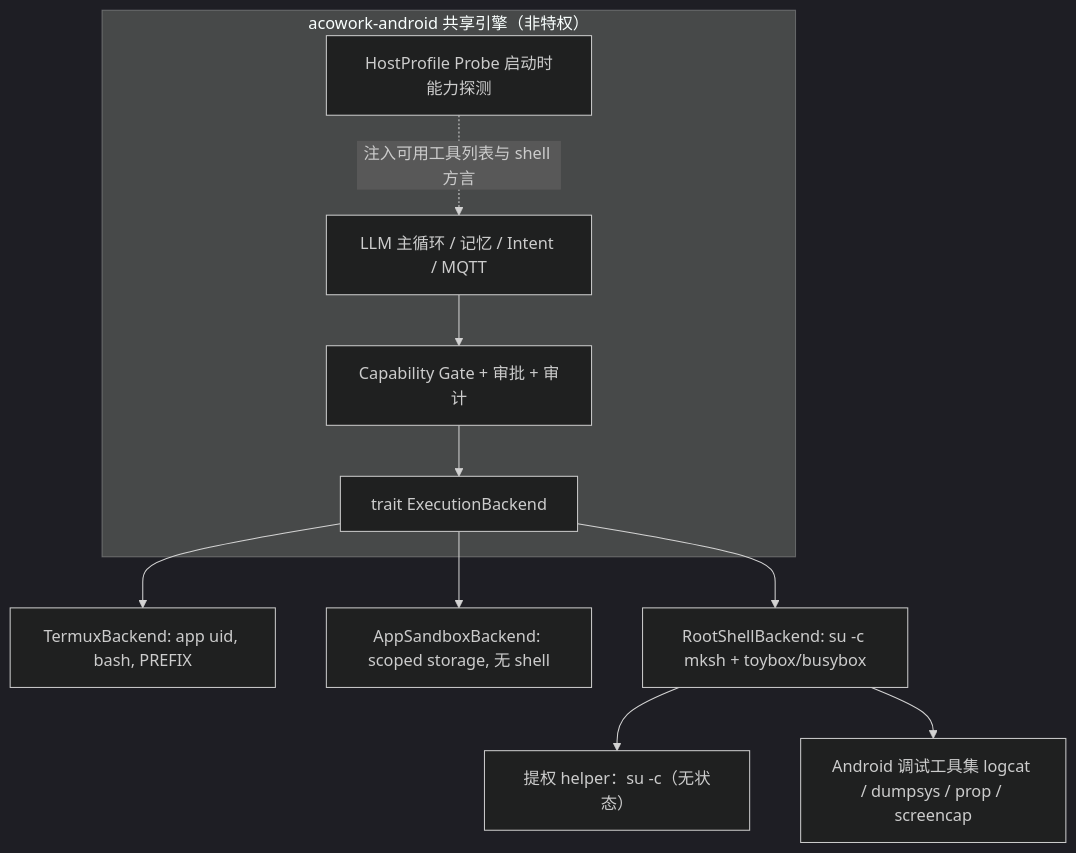
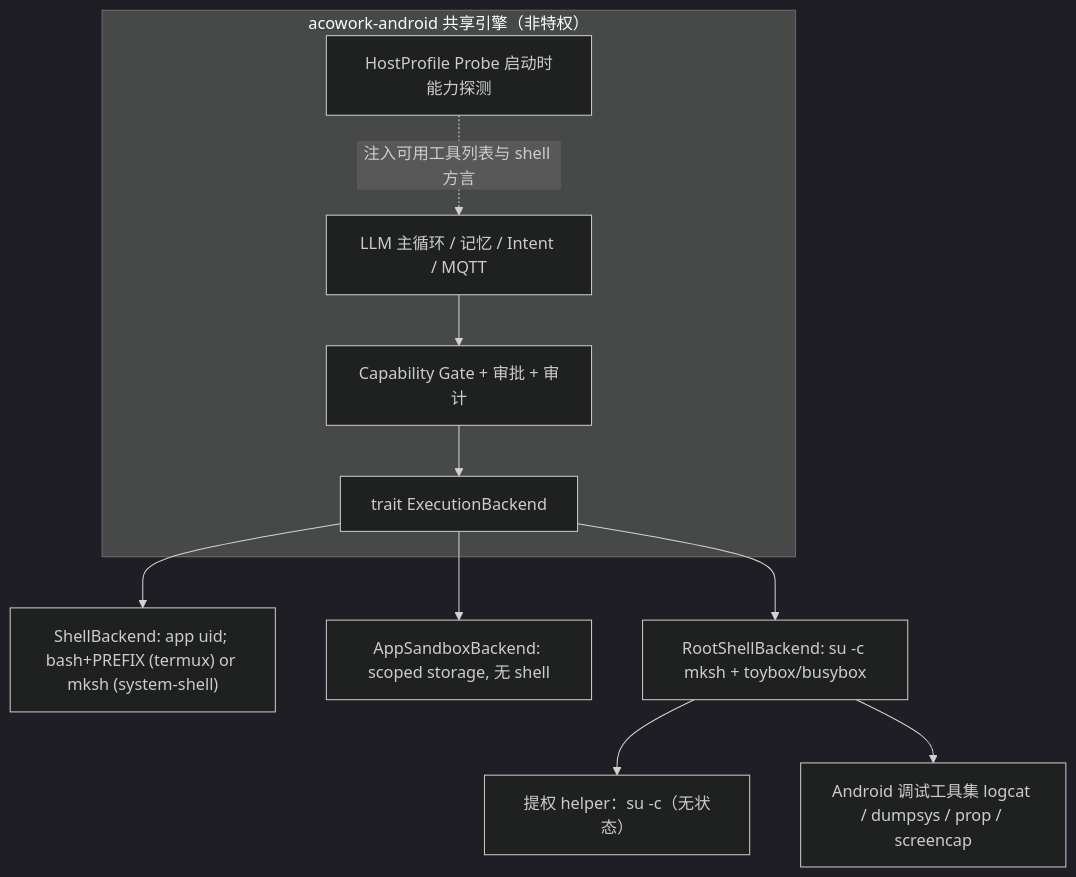
Before and after one commit to acowork/ACoworkRuntimeAndroid: the diagram in docs/adr/zh/ADR-AND-001-android-host-profiles-and-execution-backend.md, drawn with Mermaid (dark theme). The commit also changed other lines of this file and 5 other files, not shown here.

````diff
--- a/docs/adr/zh/ADR-AND-001-android-host-profiles-and-execution-backend.md
+++ b/docs/adr/zh/ADR-AND-001-android-host-profiles-and-execution-backend.md
@@ -129,16 +129,16 @@
 ```mermaid
 graph TD
     subgraph Core["acowork-android 共享引擎（非特权）"]
         Loop["LLM 主循环 / 记忆 / Intent / MQTT"]
         Probe["HostProfile Probe 启动时能力探测"]
         Iface["trait ExecutionBackend"]
         Gate["Capability Gate + 审批 + 审计"]
     end
     Loop --> Gate --> Iface
     Probe -.->|"注入可用工具列表与 shell 方言"| Loop
-    Iface --> P1["TermuxBackend: app uid, bash, PREFIX"]
+    Iface --> P1["ShellBackend: app uid; bash+PREFIX (termux) or mksh (system-shell)"]
     Iface --> P2["AppSandboxBackend: scoped storage, 无 shell"]
     Iface --> P3["RootShellBackend: su -c mksh + toybox/busybox"]
     P3 --> Broker["提权 helper：su -c（无状态）"]
     P3 --> Tools["Android 调试工具集 logcat / dumpsys / prop / screencap"]
 ```
````
